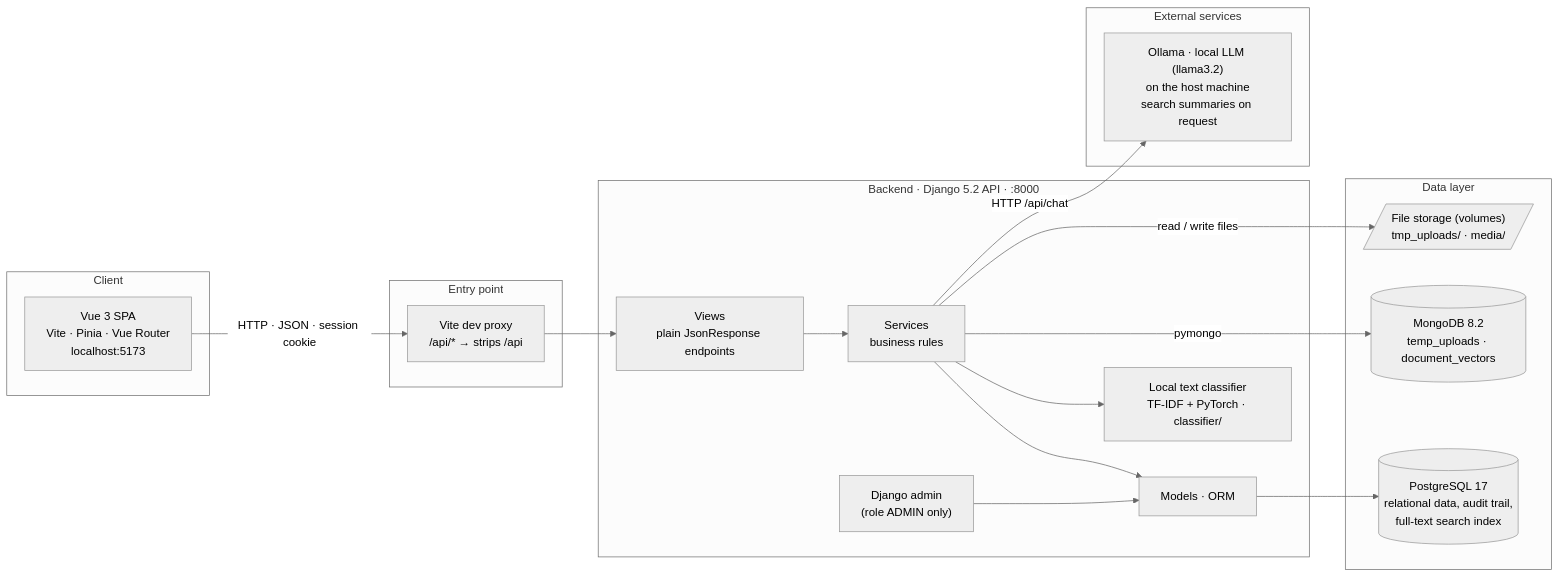
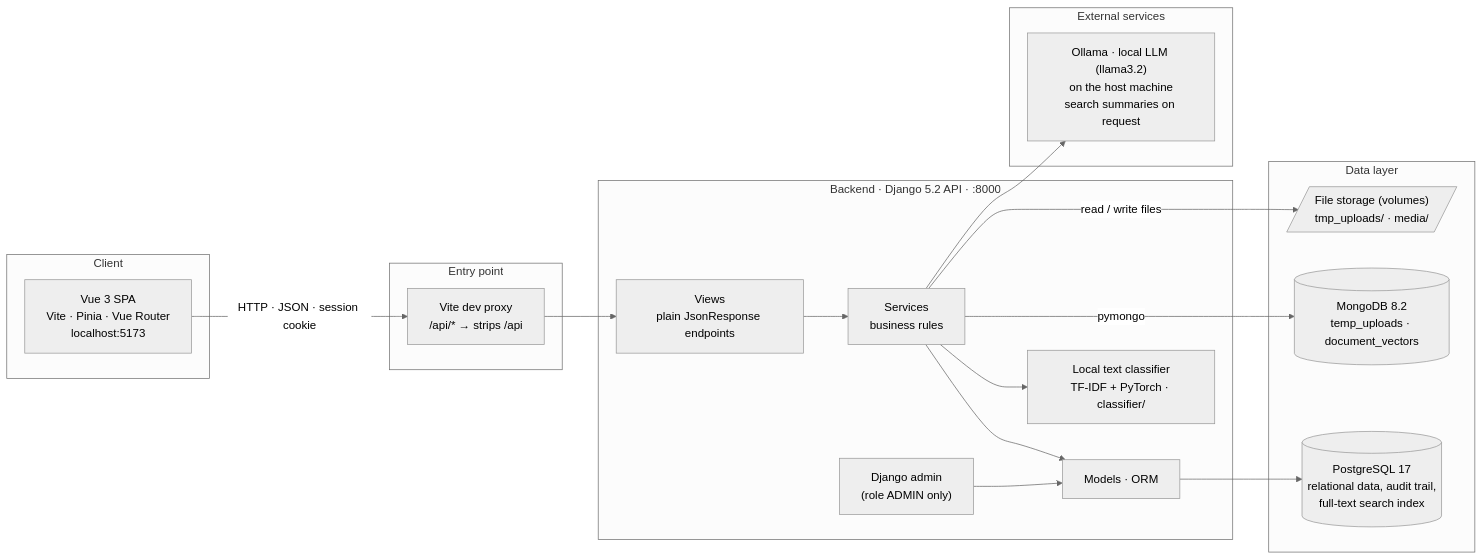
The first of 5 diagrams in docs/architecture/README.md (Pragma-Co/backend-indice), drawn with Mermaid (neutral theme) before and after one commit. The commit also changed other lines of this file and 4 other files, not shown here.

````diff
--- a/docs/architecture/README.md
+++ b/docs/architecture/README.md
@@ -18,38 +18,38 @@
 ```mermaid
 flowchart LR
     subgraph Client["Client"]
         Browser["Vue 3 SPA<br/>Vite · Pinia · Vue Router<br/>localhost:5173"]
     end
 
     subgraph Edge["Entry point"]
         Proxy["Vite dev proxy<br/>/api/* → strips /api"]
     end
 
     subgraph Backend["Backend · Django 5.2 API · :8000"]
         Views["Views<br/>plain JsonResponse endpoints"]
         Services["Services<br/>business rules"]
         Models["Models · ORM"]
         Classifier["Local text classifier<br/>TF-IDF + PyTorch · classifier/"]
         Admin["Django admin<br/>(role ADMIN only)"]
         Views --> Services --> Models
         Services --> Classifier
         Admin --> Models
     end
 
     subgraph Data["Data layer"]
         PG[("PostgreSQL 17<br/>relational data, audit trail,<br/>full-text search index")]
         Mongo[("MongoDB 8.2<br/>temp_uploads · document_vectors")]
         Files[/"File storage (volumes)<br/>tmp_uploads/ · media/"/]
     end
 
     subgraph External["External services"]
         Ollama["Ollama · local LLM (llama3.2)<br/>on the host machine<br/>search summaries on request"]
     end
 
     Browser -- "HTTP · JSON · session cookie" --> Proxy
     Proxy --> Views
     Models --> PG
     Services -- "pymongo" --> Mongo
     Services -- "read / write files" --> Files
-    Services -- "HTTP /api/chat" --> Ollama
+    Services --> Ollama
 ```
````
